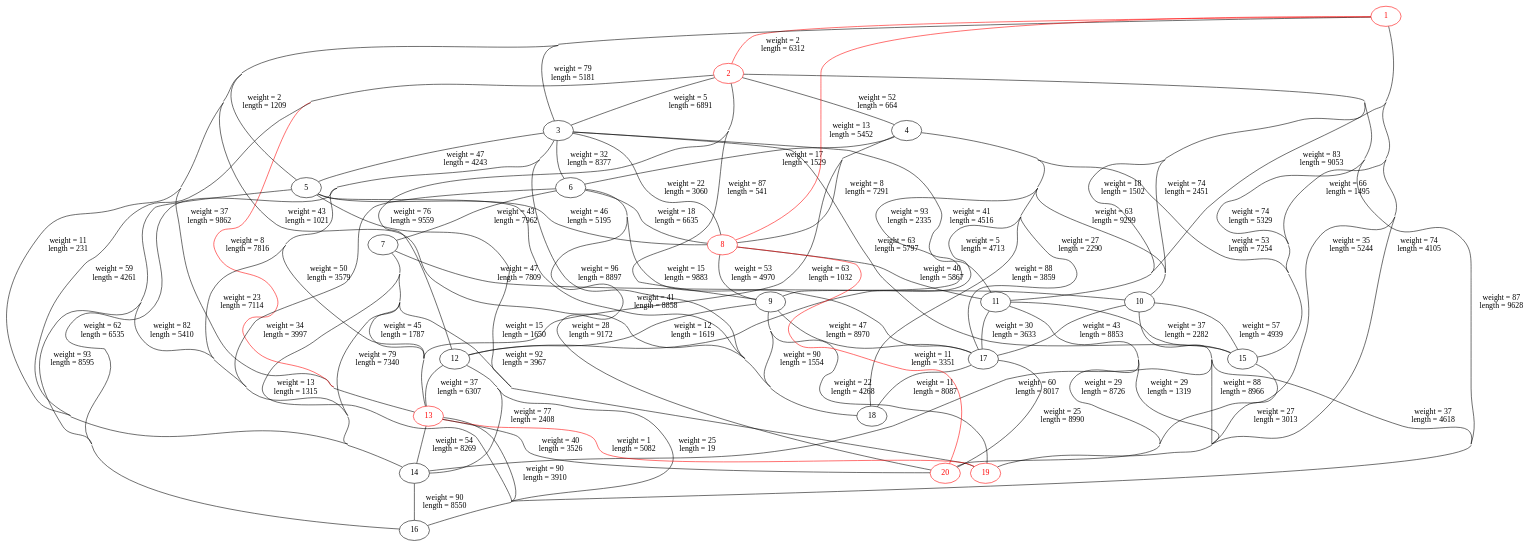
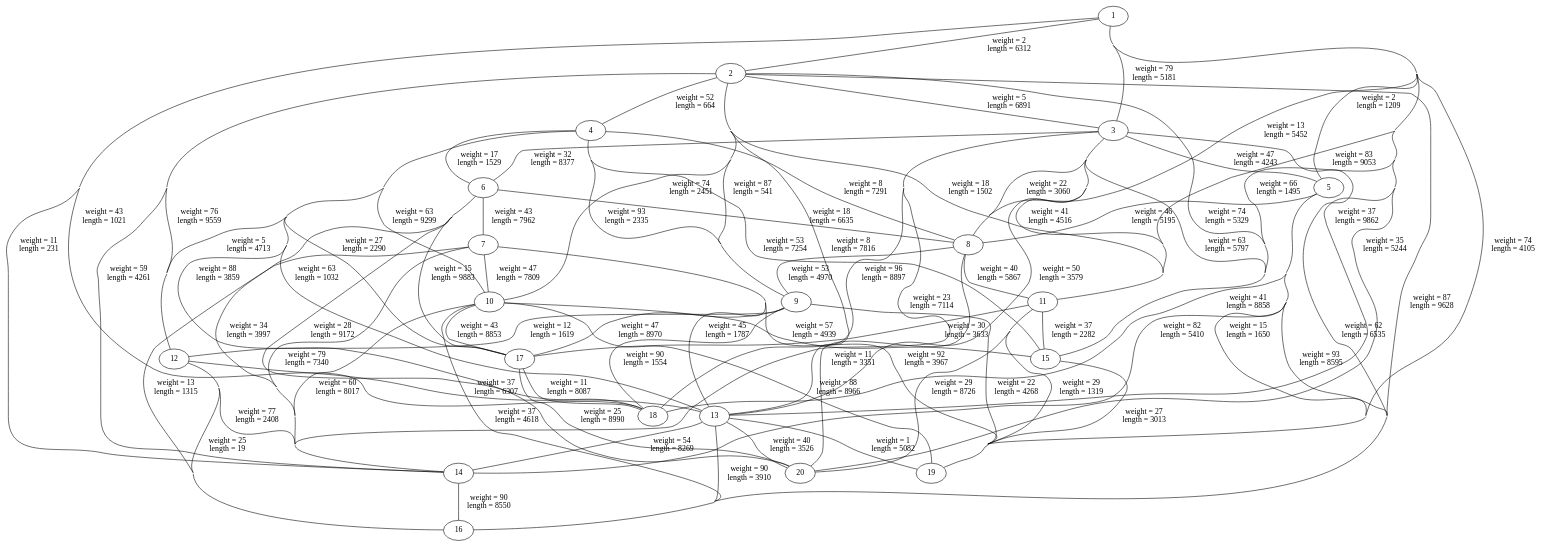
One commit to adam-elbernoussi/ENSAE-S2-IT-project changed the diagram in graph_viz_output/Graph.gv. Above: the diagram before and after it, drawn with Graphviz. The commit also changed 2 other files, not shown here.

```diff
--- a/graph_viz_output/Graph.gv
+++ b/graph_viz_output/Graph.gv
@@ -1,192 +1,186 @@
 // Graph visualisation
 graph "Graph" {
 	graph [concentrate=True]
 	1
 	2
 	3
 	4
 	5
 	6
 	7
 	8
 	9
 	10
 	11
 	12
 	13
 	14
 	15
 	16
 	17
 	18
 	19
 	20
-	1 [color=red fontcolor=red]
 	1 -- 2 [label="weight = 2
- length = 6312" color=red weight=2]
-	2 [color=red fontcolor=red]
-	2 -- 13 [label="weight = 8
- length = 7816" color=red weight=8]
-	8 [color=red fontcolor=red]
-	8 -- 1 [label="weight = 13
- length = 5452" color=red weight=13]
-	13 [color=red fontcolor=red]
-	13 -- 19 [label="weight = 1
- length = 5082" color=red weight=1]
-	19 [color=red fontcolor=red]
-	20 [color=red fontcolor=red]
-	20 -- 8 [label="weight = 11
- length = 3351" color=red weight=11]
+ length = 6312" weight=2]
 	1 -- 19 [label="weight = 74
  length = 4105" weight=74]
 	1 -- 13 [label="weight = 37
  length = 9862" weight=37]
 	1 -- 5 [label="weight = 2
  length = 1209" weight=2]
 	1 -- 3 [label="weight = 79
  length = 5181" weight=79]
 	1 -- 11 [label="weight = 83
  length = 9053" weight=83]
 	1 -- 18 [label="weight = 43
  length = 1021" weight=43]
 	1 -- 14 [label="weight = 11
  length = 231" weight=11]
 	1 -- 15 [label="weight = 66
  length = 1495" weight=66]
 	1 -- 20 [label="weight = 35
  length = 5244" weight=35]
+	1 -- 8 [label="weight = 13
+ length = 5452" weight=13]
 	2 -- 3 [label="weight = 5
  length = 6891" weight=5]
 	2 -- 4 [label="weight = 52
  length = 664" weight=52]
 	2 -- 12 [label="weight = 76
  length = 9559" weight=76]
+	2 -- 13 [label="weight = 8
+ length = 7816" weight=8]
 	2 -- 15 [label="weight = 74
  length = 5329" weight=74]
 	2 -- 16 [label="weight = 87
  length = 9628" weight=87]
 	2 -- 11 [label="weight = 18
  length = 1502" weight=18]
 	2 -- 9 [label="weight = 87
  length = 541" weight=87]
 	2 -- 14 [label="weight = 59
  length = 4261" weight=59]
 	2 -- 10 [label="weight = 74
  length = 2451" weight=74]
 	3 -- 5 [label="weight = 47
  length = 4243" weight=47]
 	3 -- 6 [label="weight = 32
  length = 8377" weight=32]
 	3 -- 13 [label="weight = 50
  length = 3579" weight=50]
 	3 -- 15 [label="weight = 63
  length = 5797" weight=63]
 	3 -- 14 [label="weight = 23
  length = 7114" weight=23]
 	3 -- 16 [label="weight = 62
  length = 6535" weight=62]
 	3 -- 18 [label="weight = 96
  length = 8897" weight=96]
 	3 -- 8 [label="weight = 22
  length = 3060" weight=22]
 	3 -- 11 [label="weight = 41
  length = 4516" weight=41]
 	4 -- 17 [label="weight = 27
  length = 2290" weight=27]
 	4 -- 15 [label="weight = 53
  length = 7254" weight=53]
 	4 -- 6 [label="weight = 17
  length = 1529" weight=17]
 	4 -- 13 [label="weight = 63
  length = 1032" weight=63]
 	4 -- 10 [label="weight = 63
  length = 9299" weight=63]
 	4 -- 9 [label="weight = 93
  length = 2335" weight=93]
 	4 -- 12 [label="weight = 5
  length = 4713" weight=5]
 	4 -- 8 [label="weight = 8
  length = 7291" weight=8]
 	4 -- 18 [label="weight = 88
  length = 3859" weight=88]
 	5 -- 14 [label="weight = 82
  length = 5410" weight=82]
 	5 -- 19 [label="weight = 15
  length = 1650" weight=15]
 	5 -- 8 [label="weight = 46
  length = 5195" weight=46]
 	5 -- 18 [label="weight = 41
  length = 8858" weight=41]
 	5 -- 16 [label="weight = 93
  length = 8595" weight=93]
 	6 -- 7 [label="weight = 43
  length = 7962" weight=43]
 	6 -- 8 [label="weight = 18
  length = 6635" weight=18]
 	6 -- 20 [label="weight = 28
  length = 9172" weight=28]
 	6 -- 14 [label="weight = 34
  length = 3997" weight=34]
 	6 -- 17 [label="weight = 15
  length = 9883" weight=15]
 	7 -- 10 [label="weight = 47
  length = 7809" weight=47]
 	7 -- 14 [label="weight = 79
  length = 7340" weight=79]
 	7 -- 13 [label="weight = 45
  length = 1787" weight=45]
 	7 -- 19 [label="weight = 92
  length = 3967" weight=92]
 	7 -- 16 [label="weight = 13
  length = 1315" weight=13]
 	8 -- 9 [label="weight = 53
  length = 4970" weight=53]
 	8 -- 11 [label="weight = 40
  length = 5867" weight=40]
+	8 -- 20 [label="weight = 11
+ length = 3351" weight=11]
 	9 -- 18 [label="weight = 90
  length = 1554" weight=90]
 	9 -- 12 [label="weight = 12
  length = 1619" weight=12]
 	9 -- 19 [label="weight = 22
  length = 4268" weight=22]
 	9 -- 17 [label="weight = 47
  length = 8970" weight=47]
 	10 -- 16 [label="weight = 37
  length = 4618" weight=37]
 	10 -- 14 [label="weight = 60
  length = 8017" weight=60]
 	10 -- 15 [label="weight = 57
  length = 4939" weight=57]
 	10 -- 17 [label="weight = 43
  length = 8853" weight=43]
 	10 -- 19 [label="weight = 88
  length = 8966" weight=88]
 	11 -- 15 [label="weight = 37
  length = 2282" weight=37]
 	11 -- 20 [label="weight = 29
  length = 8726" weight=29]
 	11 -- 17 [label="weight = 30
  length = 3633" weight=30]
 	11 -- 19 [label="weight = 29
  length = 1319" weight=29]
 	12 -- 14 [label="weight = 77
  length = 2408" weight=77]
 	12 -- 16 [label="weight = 25
  length = 19" weight=25]
 	12 -- 13 [label="weight = 37
  length = 6307" weight=37]
 	13 -- 14 [label="weight = 54
  length = 8269" weight=54]
+	13 -- 19 [label="weight = 1
+ length = 5082" weight=1]
 	13 -- 16 [label="weight = 90
  length = 3910" weight=90]
 	13 -- 20 [label="weight = 40
  length = 3526" weight=40]
 	14 -- 16 [label="weight = 90
  length = 8550" weight=90]
 	15 -- 19 [label="weight = 27
  length = 3013" weight=27]
 	17 -- 20 [label="weight = 25
  length = 8990" weight=25]
 	17 -- 18 [label="weight = 11
  length = 8087" weight=11]
 }
```
